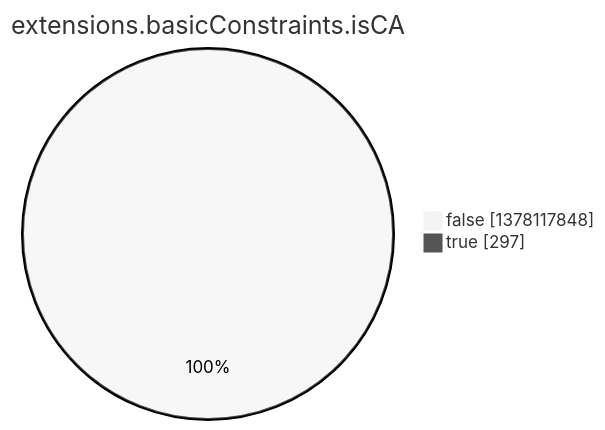
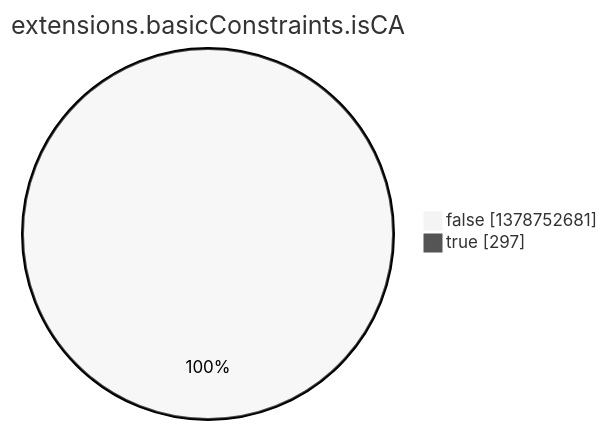
Before and after one commit to christiankrug/ctmonitor_visualization: the eighth of 15 diagrams in argon2022/README.md, drawn with Mermaid (neutral theme). The commit also changed other lines of this file, not shown here.

````diff
--- a/argon2022/README.md
+++ b/argon2022/README.md
@@ -2759,6 +2759,6 @@
 ```mermaid
 pie showData
 title extensions.basicConstraints.isCA
-"false" :1378117848
+"false" :1378752681
 "true" :297
 ```
````
